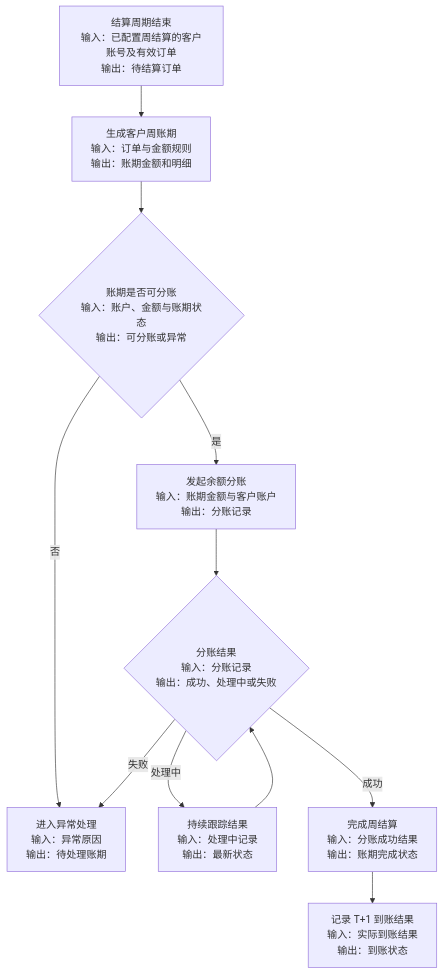
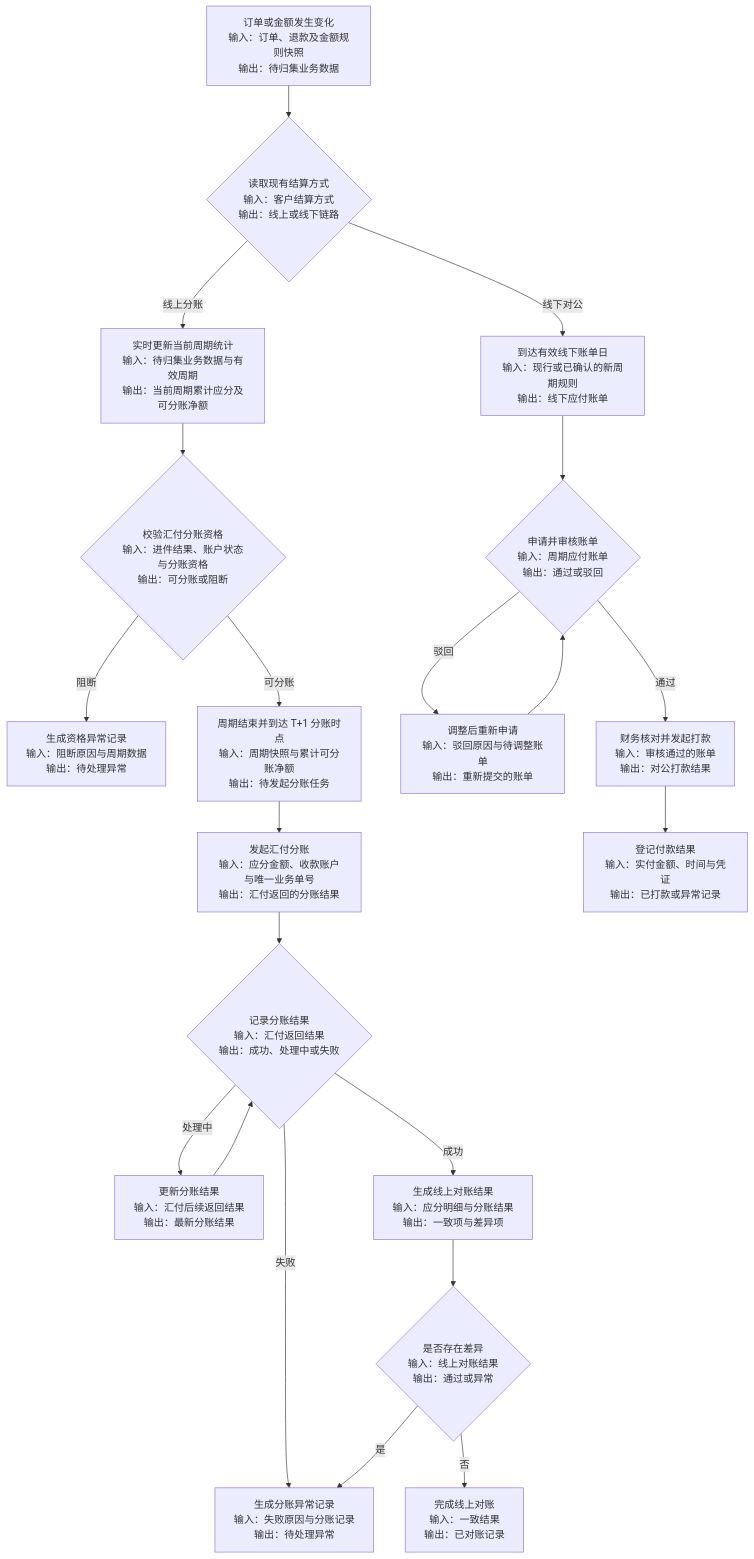
One commit to awu520119/xiaomifeng-admin changed the second of 2 diagrams in docs/premium-settlement/汇付周结算与余额分账-需求分析.md. Above: the diagram before and after it, drawn with Mermaid. The commit also changed other lines of this file and 2 other files, not shown here.

````diff
--- a/docs/premium-settlement/汇付周结算与余额分账-需求分析.md
+++ b/docs/premium-settlement/汇付周结算与余额分账-需求分析.md
@@ -61,13 +65,23 @@
 ```mermaid
 graph TD
-    A[结算周期结束<br/>输入：已配置周结算的客户账号及有效订单<br/>输出：待结算订单] --> B[生成客户周账期<br/>输入：订单与金额规则<br/>输出：账期金额和明细]
-    B --> C{账期是否可分账<br/>输入：账户、金额与账期状态<br/>输出：可分账或异常}
-    C -->|否| D[进入异常处理<br/>输入：异常原因<br/>输出：待处理账期]
-    C -->|是| E[发起余额分账<br/>输入：账期金额与客户账户<br/>输出：分账记录]
-    E --> F{分账结果<br/>输入：分账记录<br/>输出：成功、处理中或失败}
-    F -->|处理中| G[持续跟踪结果<br/>输入：处理中记录<br/>输出：最新状态]
-    G --> F
-    F -->|失败| D
-    F -->|成功| H[完成周结算<br/>输入：分账成功结果<br/>输出：账期完成状态]
-    H --> I[记录 T+1 到账结果<br/>输入：实际到账结果<br/>输出：到账状态]
+    A[订单或金额发生变化<br/>输入：订单、退款及金额规则快照<br/>输出：待归集业务数据] --> C{读取现有结算方式<br/>输入：客户结算方式<br/>输出：线上或线下链路}
+    C -->|线上分账| B[实时更新当前周期统计<br/>输入：待归集业务数据与有效周期<br/>输出：当前周期累计应分及可分账净额]
+    B --> D{校验汇付分账资格<br/>输入：进件结果、账户状态与分账资格<br/>输出：可分账或阻断}
+    D -->|阻断| E[生成资格异常记录<br/>输入：阻断原因与周期数据<br/>输出：待处理异常]
+    D -->|可分账| F[周期结束并到达 T+1 分账时点<br/>输入：周期快照与累计可分账净额<br/>输出：待发起分账任务]
+    F --> G[发起汇付分账<br/>输入：应分金额、收款账户与唯一业务单号<br/>输出：汇付返回的分账结果]
+    G --> H{记录分账结果<br/>输入：汇付返回结果<br/>输出：成功、处理中或失败}
+    H -->|处理中| I[更新分账结果<br/>输入：汇付后续返回结果<br/>输出：最新分账结果]
+    I --> H
+    H -->|失败| J[生成分账异常记录<br/>输入：失败原因与分账记录<br/>输出：待处理异常]
+    H -->|成功| P[生成线上对账结果<br/>输入：应分明细与分账结果<br/>输出：一致项与差异项]
+    P --> Q{是否存在差异<br/>输入：线上对账结果<br/>输出：通过或异常}
+    Q -->|是| J
+    Q -->|否| R[完成线上对账<br/>输入：一致结果<br/>输出：已对账记录]
+    C -->|线下对公| S[到达有效线下账单日<br/>输入：现行或已确认的新周期规则<br/>输出：线下应付账单]
+    S --> T{申请并审核账单<br/>输入：周期应付账单<br/>输出：通过或驳回}
+    T -->|驳回| U[调整后重新申请<br/>输入：驳回原因与待调整账单<br/>输出：重新提交的账单]
+    U --> T
+    T -->|通过| V[财务核对并发起打款<br/>输入：审核通过的账单<br/>输出：对公打款结果]
+    V --> W[登记付款结果<br/>输入：实付金额、时间与凭证<br/>输出：已打款或异常记录]
 ```
````
